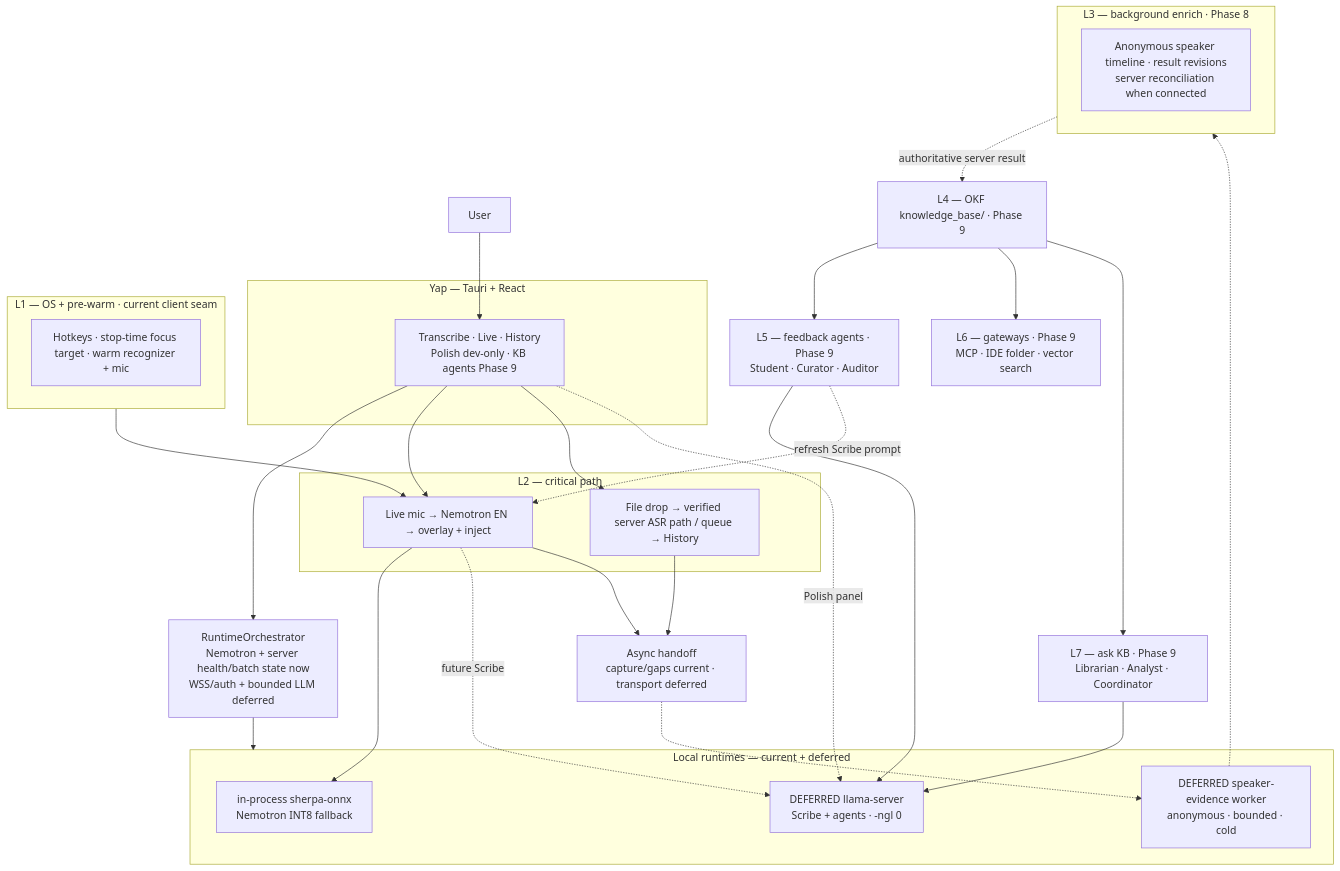
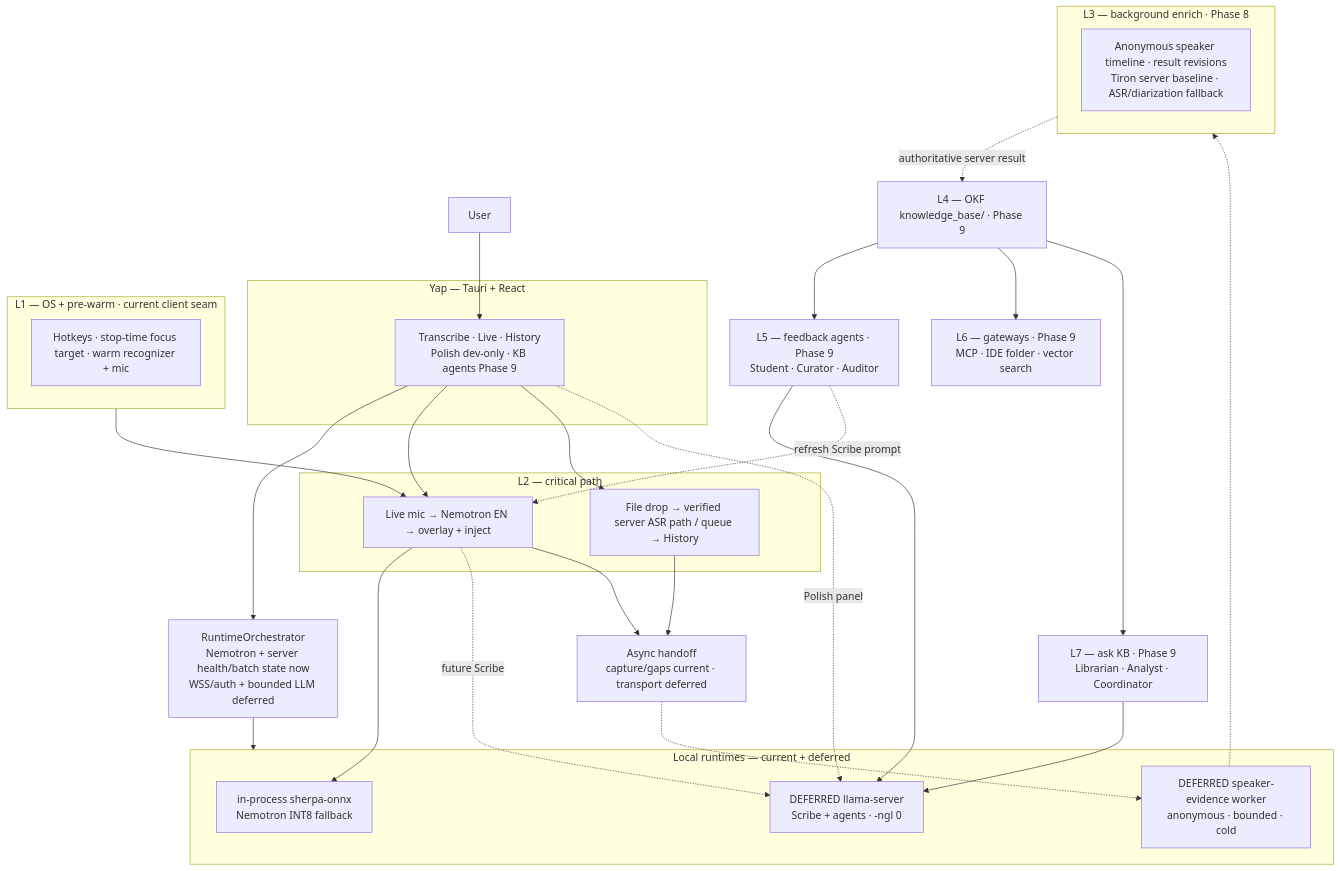
The first of 4 diagrams in docs/VOICE-OS-ARCHITECTURE.md (ZoOtMcNoOt/yap), drawn with Mermaid before and after one commit. The commit also changed other lines of this file and 18 other files, not shown here.

Commit message:
docs(phase8): select Tiron meeting baseline

````diff
--- a/docs/VOICE-OS-ARCHITECTURE.md
+++ b/docs/VOICE-OS-ARCHITECTURE.md
@@ -126,54 +126,54 @@
 ```mermaid
 flowchart TB
     User["User"]
 
     subgraph Yap["Yap — Tauri + React"]
         UI["Transcribe · Live · History<br/>Polish dev-only · KB agents Phase 9"]
     end
 
     Orch["RuntimeOrchestrator<br/>Nemotron + server health/batch state now<br/>WSS/auth + bounded LLM deferred"]
 
     subgraph Sidecars["Local runtimes — current + deferred"]
         CR["in-process sherpa-onnx<br/>Nemotron INT8 fallback"]
         LL["DEFERRED llama-server<br/>Scribe + agents · -ngl 0"]
         KW["DEFERRED speaker-evidence worker<br/>anonymous · bounded · cold"]
     end
 
     subgraph L1["L1 — OS + pre-warm · current client seam"]
         L1n["Hotkeys · stop-time focus target · warm recognizer + mic"]
     end
 
     subgraph L2["L2 — critical path"]
         Live["Live mic → Nemotron EN → overlay + inject"]
         Batch["File drop → verified server ASR path / queue → History"]
     end
 
     Handoff["Async handoff<br/>capture/gaps current · transport deferred"]
 
     subgraph L3["L3 — background enrich · Phase 8"]
-        L3n["Anonymous speaker timeline · result revisions<br/>server reconciliation when connected"]
+        L3n["Anonymous speaker timeline · result revisions<br/>Tiron server baseline · ASR/diarization fallback"]
     end
 
     L4["L4 — OKF knowledge_base/ · Phase 9"]
     L5["L5 — feedback agents · Phase 9<br/>Student · Curator · Auditor"]
     L6["L6 — gateways · Phase 9<br/>MCP · IDE folder · vector search"]
     L7["L7 — ask KB · Phase 9<br/>Librarian · Analyst · Coordinator"]
 
     User --> UI --> Orch
     Orch --> Sidecars
     L1 --> Live
     UI --> Live
     UI --> Batch
     Live --> CR
     Live -.->|future Scribe| LL
     UI -.->|Polish panel| LL
     Live --> Handoff
     Batch --> Handoff
     Handoff -.-> KW
     KW -.-> L3
     L3 -.->|authoritative server result| L4
     L4 --> L5 & L6 & L7
     L5 --> LL
     L7 --> LL
     L5 -.->|refresh Scribe prompt| Live
 ```
````
